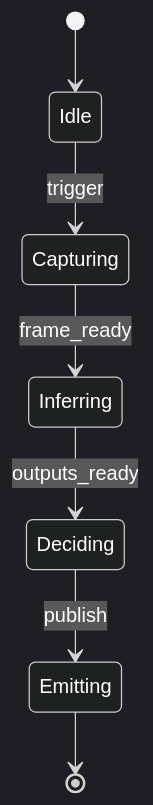
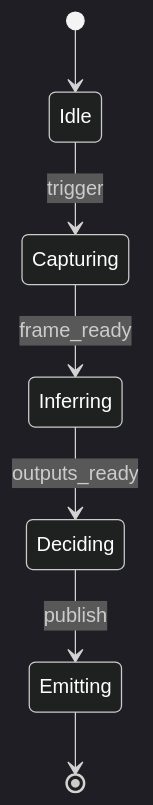
One commit to aurelius-in/RoboCaps changed the fifth of 6 diagrams in architecture/system_A_FactoryQA/architecture_diagrams.md. Above: the diagram before and after it, drawn with Mermaid. The commit also changed other lines of this file and 3 other files, not shown here.

Commit message:
fix(mermaid): make diagrams GitHub-compatible (labels, theme, font)

````diff
--- a/architecture/system_A_FactoryQA/architecture_diagrams.md
+++ b/architecture/system_A_FactoryQA/architecture_diagrams.md
@@ -67,10 +67,10 @@
 ```mermaid
-%%{init: { 'theme': 'dark', 'themeVariables': { 'background':'#000', 'primaryTextColor':'#FFF', 'textColor':'#FFF', 'fontSize':'16px' }}}%%
+%%{init: { 'theme': 'dark', 'themeVariables': { 'background':'#000000', 'primaryTextColor':'#FFFFFF', 'fontSize':'16px' }}}%%
 stateDiagram-v2
   [*] --> Idle
   Idle --> Capturing: trigger
   Capturing --> Inferring: frame_ready
   Inferring --> Deciding: outputs_ready
   Deciding --> Emitting: publish
   Emitting --> [*]
 ```
````
